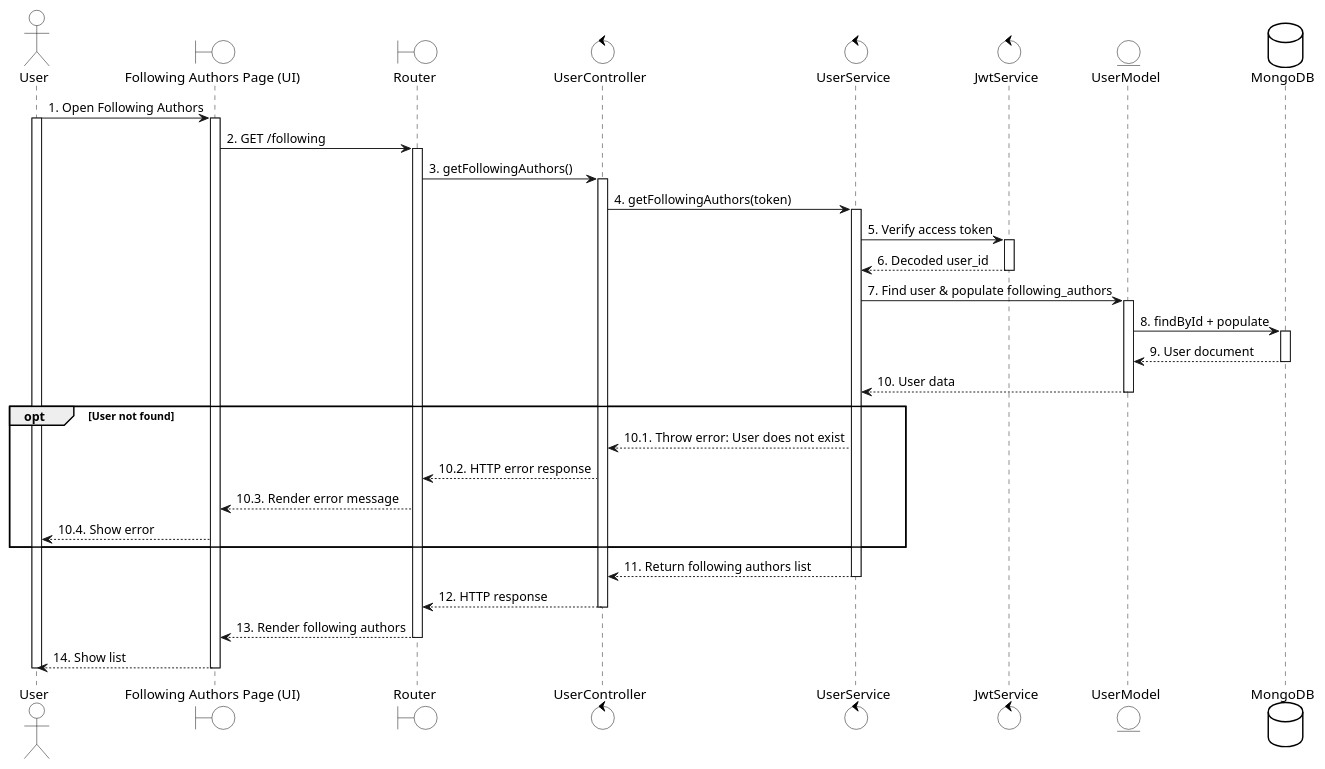
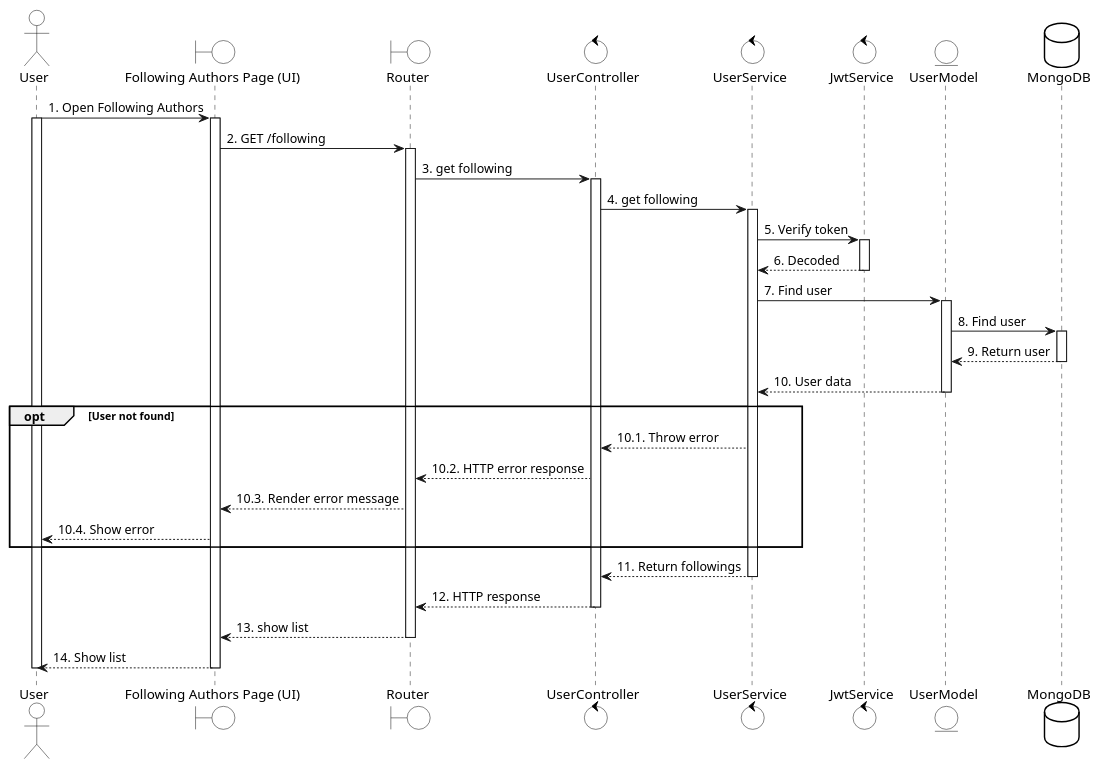
Before and after one commit to LGK1412/sequence_sep490_01: the diagram in uc35 - View Following.wsd, drawn with PlantUML. The commit also changed 159 other files, not shown here.

Commit message:
Update subsequence

```diff
--- a/uc35 - View Following.wsd
+++ b/uc35 - View Following.wsd
@@ -1,68 +1,68 @@
 @startuml
 skinparam {
     ActorBackgroundColor #FFFFFF
     BoundaryBackgroundColor #FFFFFF
     ControlBackgroundColor #FFFFFF
     EntityBackgroundColor #FFFFFF
     DatabaseBackgroundColor #FFFFFF
 
     ActorBorderColor black
     BoundaryBorderColor black
     ControlBorderColor black
     EntityBorderColor black
     DatabaseBorderColor black
 }
 
 actor User
 boundary "Following Authors Page (UI)" as UI
 boundary Router
 control UserController
 control UserService
 control JwtService
 entity UserModel
 database MongoDB
 
 User -> UI: 1. Open Following Authors
 activate User
 activate UI
 
 UI -> Router: 2. GET /following
 activate Router
 
-Router -> UserController: 3. getFollowingAuthors()
+Router -> UserController: 3. get following
 activate UserController
-UserController -> UserService: 4. getFollowingAuthors(token)
+UserController -> UserService: 4. get following
 
 activate UserService
-UserService -> JwtService: 5. Verify access token
+UserService -> JwtService: 5. Verify token
 activate JwtService
-JwtService --> UserService: 6. Decoded user_id
+JwtService --> UserService: 6. Decoded
 deactivate JwtService
 
-UserService -> UserModel: 7. Find user & populate following_authors
+UserService -> UserModel: 7. Find user
 activate UserModel
-UserModel -> MongoDB: 8. findById + populate
+UserModel -> MongoDB: 8. Find user
 activate MongoDB
-MongoDB --> UserModel: 9. User document
+MongoDB --> UserModel: 9. Return user
 deactivate MongoDB
 UserModel --> UserService: 10. User data
 deactivate UserModel
 
 opt User not found
-    UserService --> UserController: 10.1. Throw error: User does not exist
+    UserService --> UserController: 10.1. Throw error
     UserController --> Router: 10.2. HTTP error response
     Router --> UI: 10.3. Render error message
     UI --> User: 10.4. Show error
 end
 
-UserService --> UserController: 11. Return following authors list
+UserService --> UserController: 11. Return followings
 deactivate UserService
 
 UserController --> Router: 12. HTTP response
 deactivate UserController
-Router --> UI: 13. Render following authors
+Router --> UI: 13. show list
 deactivate Router
 UI --> User: 14. Show list
 deactivate UI
 deactivate User
 @enduml
```
